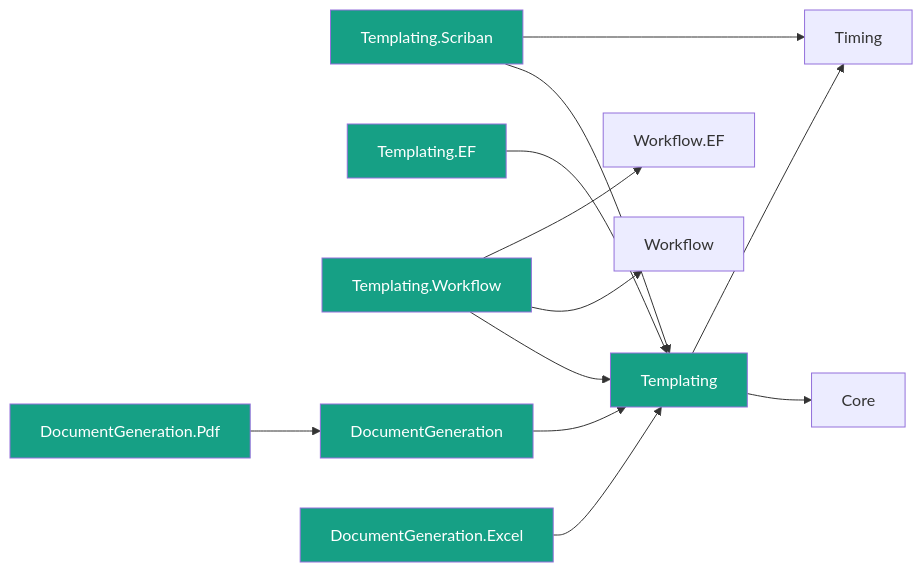
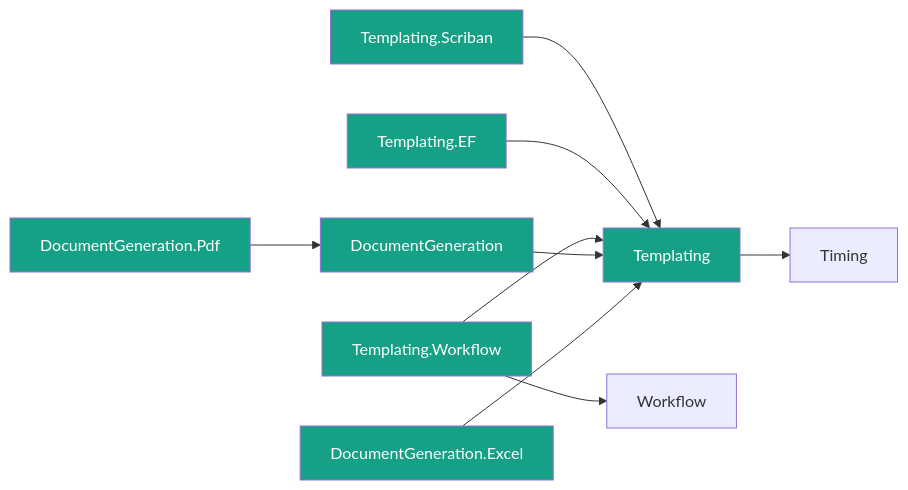
The fourth of 7 diagrams in docs/framework/dependencies.md (enraiz/granit-dotnet), drawn with Mermaid before and after one commit. The commit also changed other lines of this file and 66 other files, not shown here.

````diff
--- a/docs/framework/dependencies.md
+++ b/docs/framework/dependencies.md
@@ -222,26 +217,23 @@
 ```mermaid
 flowchart LR
-    TMPL["Templating"] --> CORE["Core"]
-    TMPL --> TIMING["Timing"]
+    TMPL["Templating"] --> TIMING["Timing"]
 
     TMPL_SCR["Templating.Scriban"] --> TMPL
-    TMPL_SCR --> TIMING
 
     TMPL_EF["Templating.EF"] --> TMPL
 
     TMPL_WF["Templating.Workflow"] --> TMPL
     TMPL_WF --> WF["Workflow"]
-    TMPL_WF --> WF_EF["Workflow.EF"]
 
     DOCGEN["DocumentGeneration"] --> TMPL
     DOCGEN_PDF["DocumentGeneration.Pdf"] --> DOCGEN
     DOCGEN_XLS["DocumentGeneration.Excel"] --> TMPL
 
     style TMPL fill:#16a085,color:#fff
     style TMPL_SCR fill:#16a085,color:#fff
     style TMPL_EF fill:#16a085,color:#fff
     style TMPL_WF fill:#16a085,color:#fff
     style DOCGEN fill:#16a085,color:#fff
     style DOCGEN_PDF fill:#16a085,color:#fff
     style DOCGEN_XLS fill:#16a085,color:#fff
 ```
````
